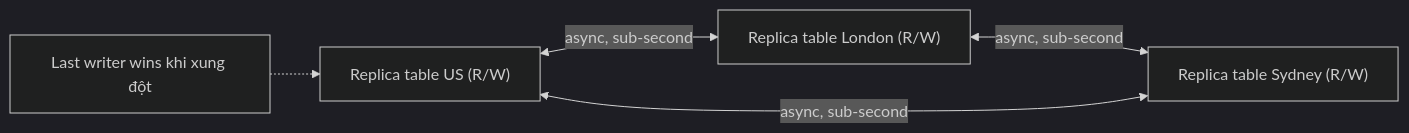
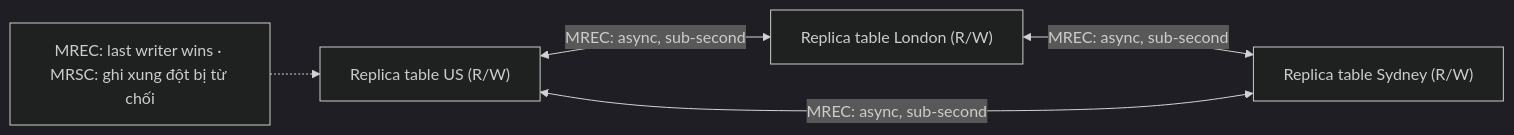
One commit to hairbui76/aws-saa-c03 changed the diagram in data/20 NoSQL and Analytics/DynamoDB Global Tables.md. Above: the diagram before and after it, drawn with Mermaid (dark theme). The commit also changed other lines of this file and 74 other files, not shown here.

````diff
--- a/data/20 NoSQL and Analytics/DynamoDB Global Tables.md
+++ b/data/20 NoSQL and Analytics/DynamoDB Global Tables.md
@@ -31,7 +48,7 @@
 ```mermaid
 flowchart LR
-    US["Replica table US (R/W)"] <-->|"async, sub-second"| UK["Replica table London (R/W)"]
-    UK <-->|"async, sub-second"| AU["Replica table Sydney (R/W)"]
-    AU <-->|"async, sub-second"| US
-    N["Last writer wins khi xung đột"] -.-> US
+    US["Replica table US (R/W)"] <-->|"MREC: async, sub-second"| UK["Replica table London (R/W)"]
+    UK <-->|"MREC: async, sub-second"| AU["Replica table Sydney (R/W)"]
+    AU <-->|"MREC: async, sub-second"| US
+    N["MREC: last writer wins · MRSC: ghi xung đột bị từ chối"] -.-> US
 ```
````
